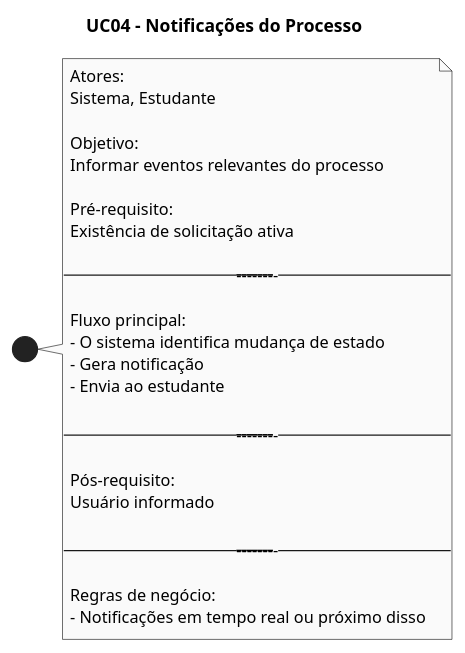
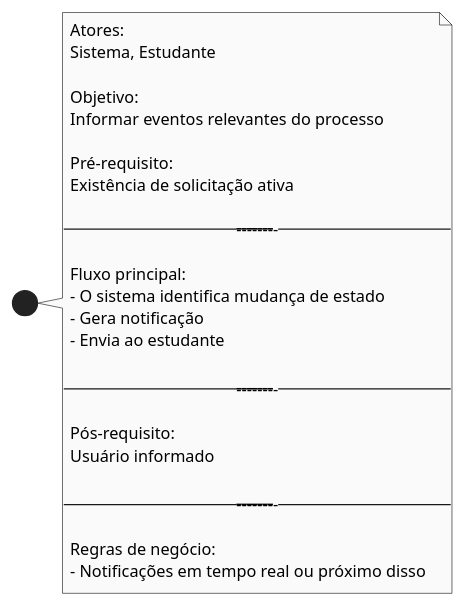
The fourth of 10 diagrams in docs/Iniciacao/prototipo_baixa_fidelidade.md (Projetos-de-Extensao/PBE_26.1_8001_VII), drawn with PlantUML before and after one commit. The commit also changed other lines of this file, not shown here.

````diff
--- a/docs/Iniciacao/prototipo_baixa_fidelidade.md
+++ b/docs/Iniciacao/prototipo_baixa_fidelidade.md
@@ -155,42 +154,42 @@
 ```puml
 @startuml
-title UC04 – Notificações do Processo
+
 
 skinparam monochrome true
 skinparam shadowing false
 
 
 note right
 Atores:
 Sistema, Estudante
 
 Objetivo:
 Informar eventos relevantes do processo
 
 Pré-requisito:
 Existência de solicitação ativa
 
 ----------------------------------------
 
 Fluxo principal:
 - O sistema identifica mudança de estado
 - Gera notificação
 - Envia ao estudante
 
 ----------------------------------------
 
 Pós-requisito:
 Usuário informado
 
 ----------------------------------------
 
 Regras de negócio:
 - Notificações em tempo real ou próximo disso
 end note
 
 @enduml
 
 
 
 
 ```
````
